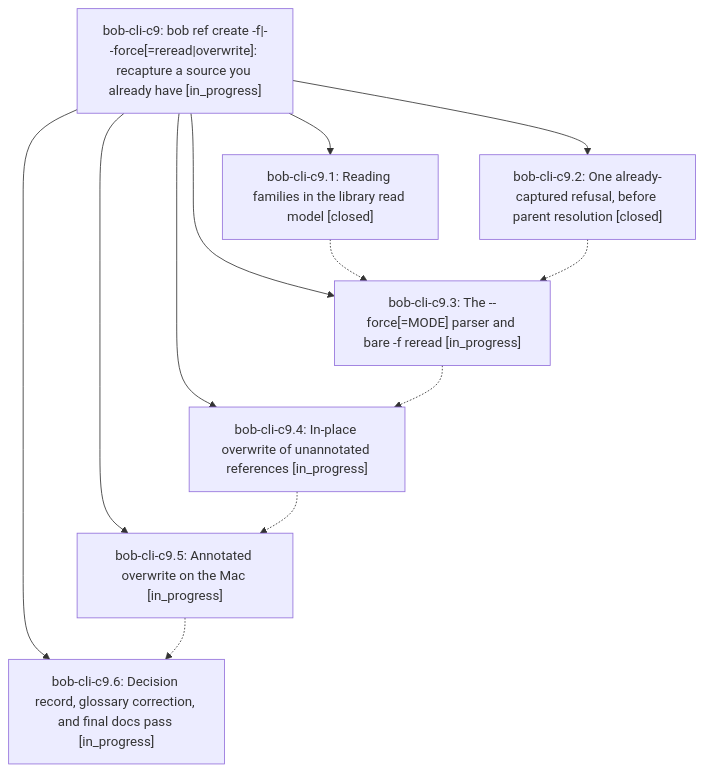
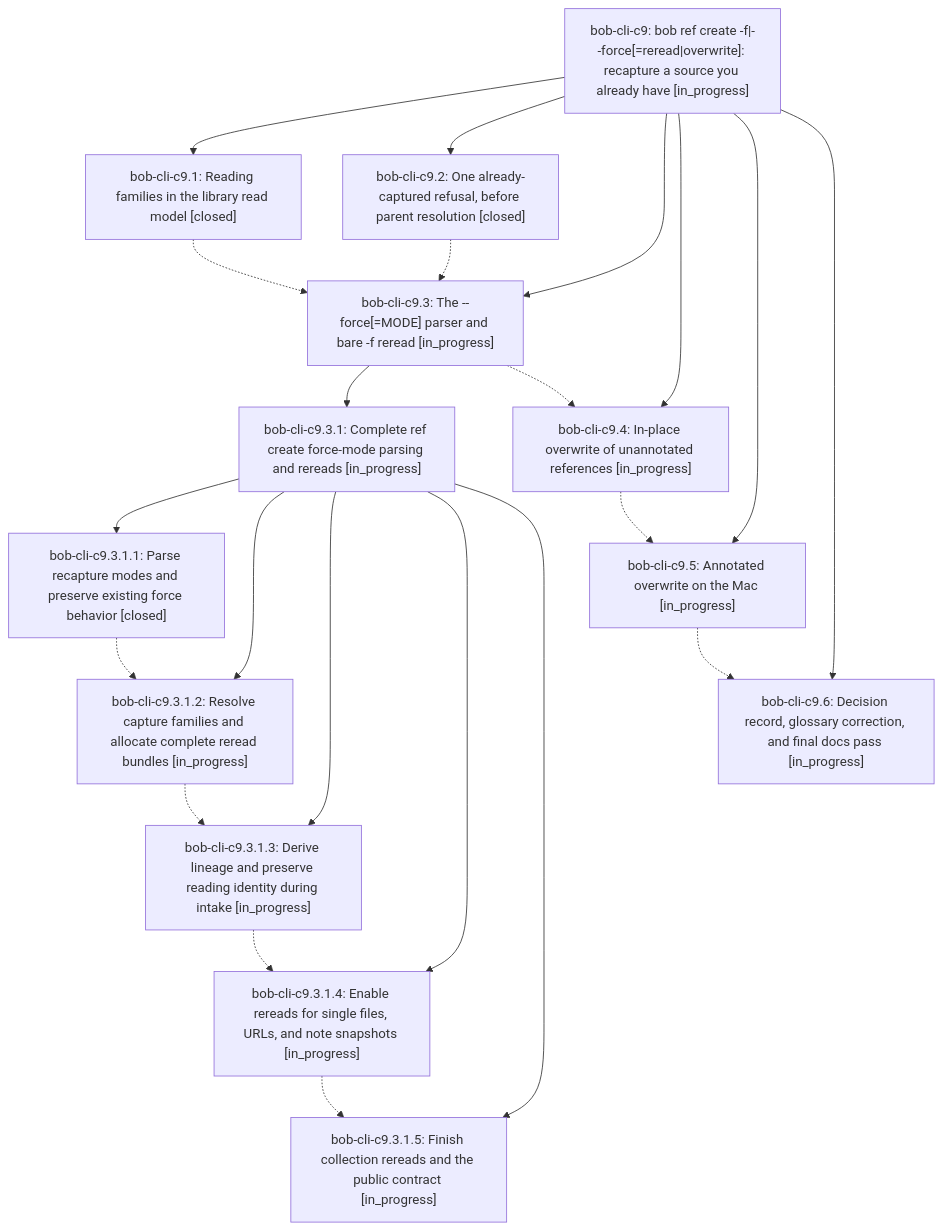
One commit to bobs-org/bob-cli--beads changed the diagram in pages/bob-cli-c9/README.md. Above: the diagram before and after it, drawn with Mermaid. The commit also changed other lines of this file and 9 other files, not shown here.

First line of the commit message:
chore(beads): sync bead state and pages for bob-cli-c9

````diff
--- a/pages/bob-cli-c9/README.md
+++ b/pages/bob-cli-c9/README.md
@@ -41,21 +41,37 @@
 ```mermaid
 flowchart TD
     n0["bob-cli-c9: bob ref create -f|--force[=reread|overwrite]: recapture a source you already have [in_progress]"]
     n1["bob-cli-c9.1: Reading families in the library read model [closed]"]
     n2["bob-cli-c9.2: One already-captured refusal, before parent resolution [closed]"]
     n3["bob-cli-c9.3: The --force[=MODE] parser and bare -f reread [in_progress]"]
-    n4["bob-cli-c9.4: In-place overwrite of unannotated references [in_progress]"]
-    n5["bob-cli-c9.5: Annotated overwrite on the Mac [in_progress]"]
-    n6["bob-cli-c9.6: Decision record, glossary correction, and final docs pass [in_progress]"]
+    n4["bob-cli-c9.3.1: Complete ref create force-mode parsing and rereads [in_progress]"]
+    n5["bob-cli-c9.3.1.1: Parse recapture modes and preserve existing force behavior [closed]"]
+    n6["bob-cli-c9.3.1.2: Resolve capture families and allocate complete reread bundles [in_progress]"]
+    n7["bob-cli-c9.3.1.3: Derive lineage and preserve reading identity during intake [in_progress]"]
+    n8["bob-cli-c9.3.1.4: Enable rereads for single files, URLs, and note snapshots [in_progress]"]
+    n9["bob-cli-c9.3.1.5: Finish collection rereads and the public contract [in_progress]"]
+    n10["bob-cli-c9.4: In-place overwrite of unannotated references [in_progress]"]
+    n11["bob-cli-c9.5: Annotated overwrite on the Mac [in_progress]"]
+    n12["bob-cli-c9.6: Decision record, glossary correction, and final docs pass [in_progress]"]
     n0 --> n1
     n0 --> n2
     n0 --> n3
-    n0 --> n4
-    n0 --> n5
-    n0 --> n6
+    n3 --> n4
+    n4 --> n5
+    n4 --> n6
+    n4 --> n7
+    n4 --> n8
+    n4 --> n9
+    n0 --> n10
+    n0 --> n11
+    n0 --> n12
     n1 -.-> n3
     n2 -.-> n3
-    n3 -.-> n4
-    n4 -.-> n5
+    n3 -.-> n10
     n5 -.-> n6
+    n6 -.-> n7
+    n7 -.-> n8
+    n8 -.-> n9
+    n10 -.-> n11
+    n11 -.-> n12
 ```
````
